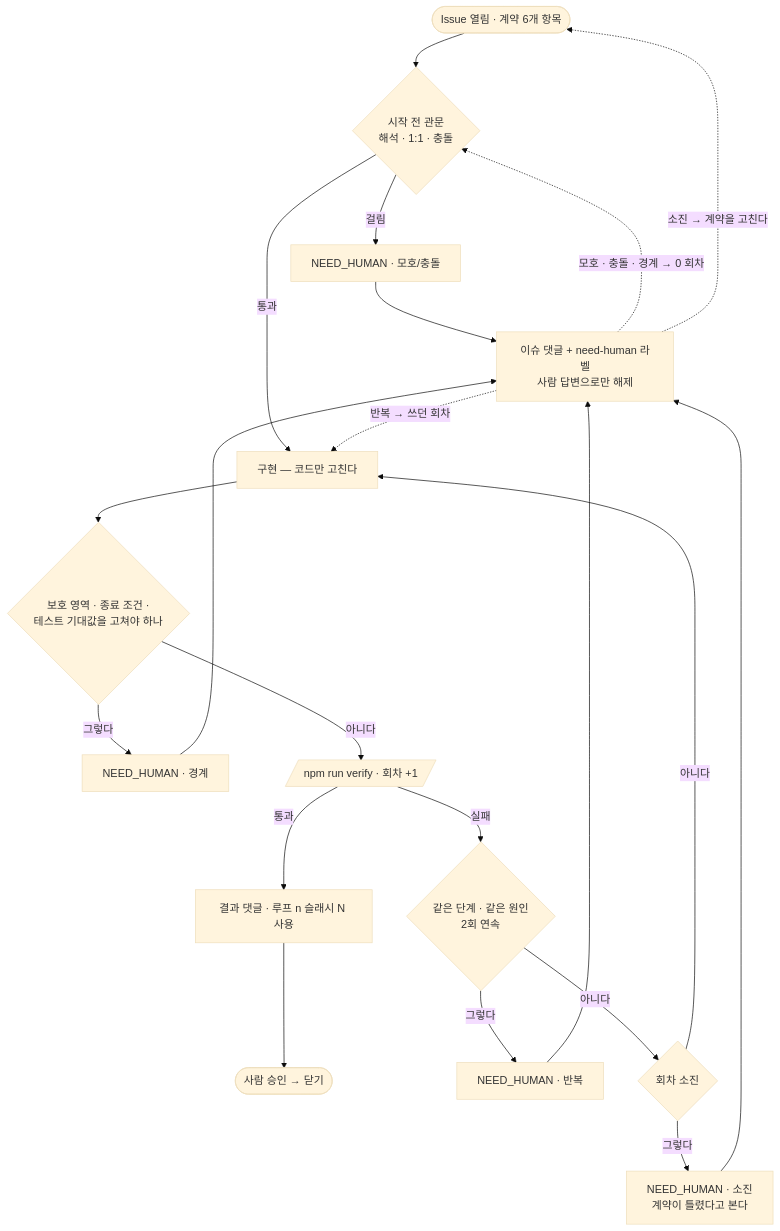
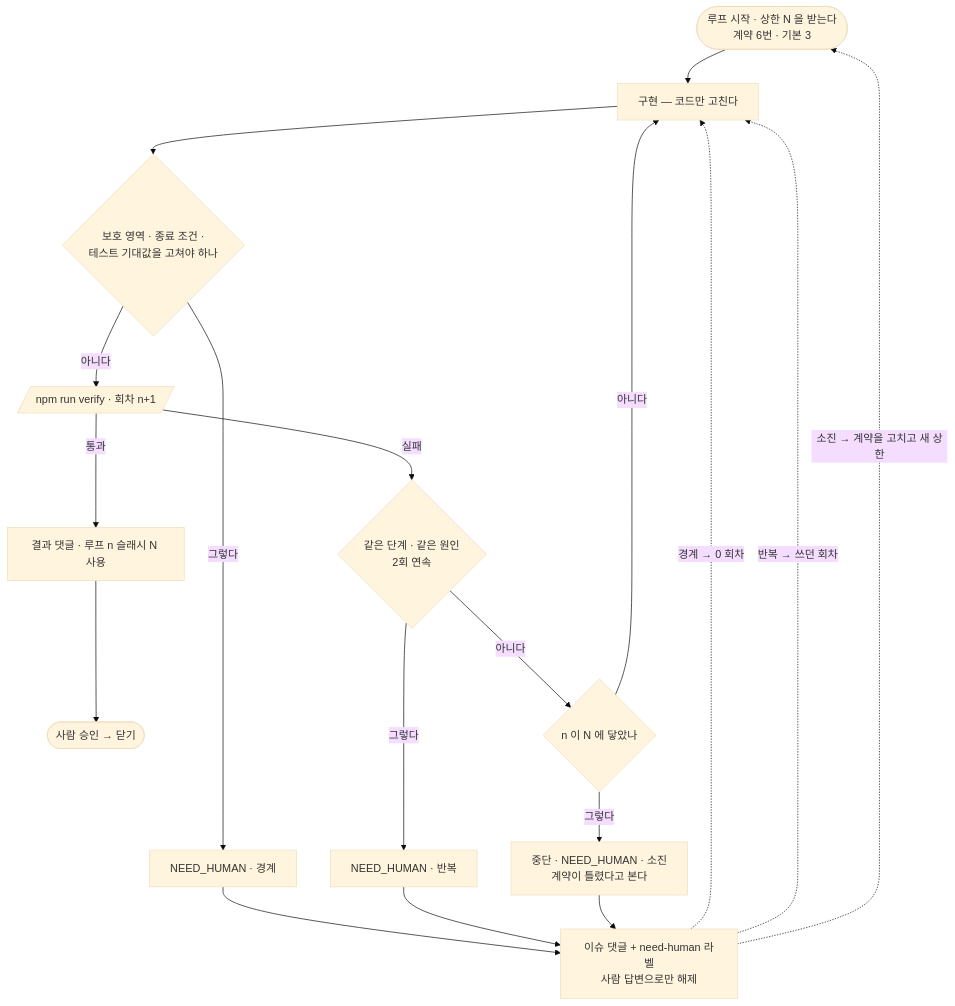
The first of 2 diagrams in docs/harness/loop.md (KIMJONGUK/inventory-poc), drawn with Mermaid (base theme) before and after one commit. The commit also changed other lines of this file, not shown here.

````diff
--- a/docs/harness/loop.md
+++ b/docs/harness/loop.md
@@ -22,22 +22,19 @@
 ```mermaid
 flowchart TD
-    A([Issue 열림 · 계약 6개 항목]) --> G{시작 전 관문<br/>해석 · 1:1 · 충돌}
-    G -- 걸림 --> H1[NEED_HUMAN · 모호/충돌]
-    G -- 통과 --> C[구현 — 코드만 고친다]
+    A([루프 시작 · 상한 N 을 받는다<br/>계약 6번 · 기본 3]) --> C[구현 — 코드만 고친다]
     C --> B{보호 영역 · 종료 조건 ·<br/>테스트 기대값을 고쳐야 하나}
     B -- 그렇다 --> H2[NEED_HUMAN · 경계]
-    B -- 아니다 --> V[/npm run verify · 회차 +1/]
+    B -- 아니다 --> V[/npm run verify · 회차 n+1/]
     V -- 통과 --> D[결과 댓글 · 루프 n 슬래시 N 사용] --> E([사람 승인 → 닫기])
     V -- 실패 --> R{같은 단계 · 같은 원인<br/>2회 연속}
     R -- 그렇다 --> H3[NEED_HUMAN · 반복]
-    R -- 아니다 --> L{회차 소진}
+    R -- 아니다 --> L{n 이 N 에 닿았나}
     L -- 아니다 --> C
-    L -- 그렇다 --> H4[NEED_HUMAN · 소진<br/>계약이 틀렸다고 본다]
-    H1 --> W
+    L -- 그렇다 --> H4[중단 · NEED_HUMAN · 소진<br/>계약이 틀렸다고 본다]
     H2 --> W
     H3 --> W
     H4 --> W[이슈 댓글 + need-human 라벨<br/>사람 답변으로만 해제]
-    W -. 모호 · 충돌 · 경계 → 0 회차 .-> G
+    W -. 경계 → 0 회차 .-> C
     W -. 반복 → 쓰던 회차 .-> C
-    W -. 소진 → 계약을 고친다 .-> A
+    W -. 소진 → 계약을 고치고 새 상한 .-> A
 ```
````
